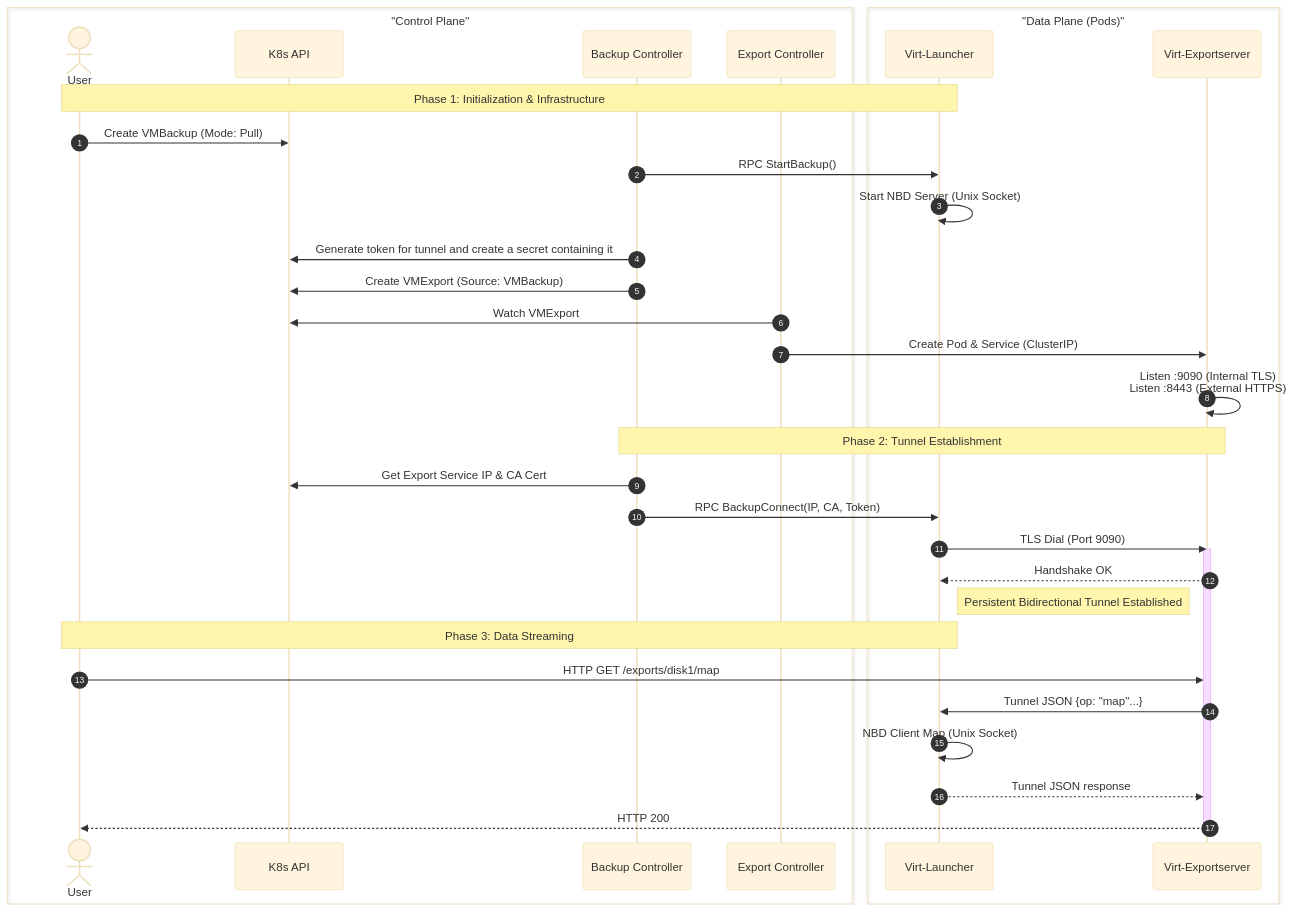
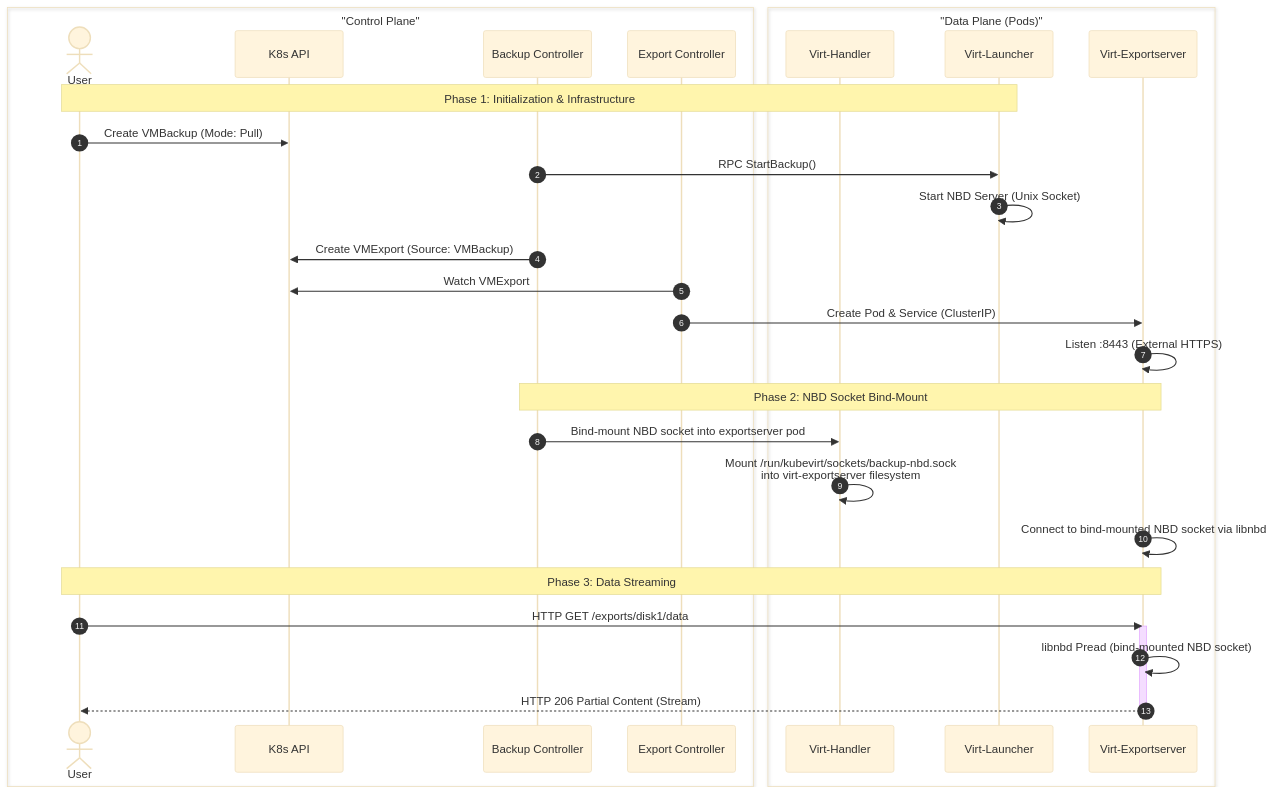
One commit to kubevirt/enhancements changed the third of 3 diagrams in veps/sig-storage/25-incremental-backup/vep.md. Above: the diagram before and after it, drawn with Mermaid (base theme). The commit also changed other lines of this file, not shown here.

First line of the commit message:
sig-storage, incremental-backup: improve pull-mode design (#398)

````diff
--- a/veps/sig-storage/25-incremental-backup/vep.md
+++ b/veps/sig-storage/25-incremental-backup/vep.md
@@ -520,48 +500,43 @@
 ```mermaid
 sequenceDiagram
     autonumber
     box "Control Plane"
         actor User
         participant API as K8s API
         participant BC as Backup Controller
         participant EC as Export Controller
     end
 
     box "Data Plane (Pods)"
+        participant VH as Virt-Handler
         participant Launcher as Virt-Launcher
         participant ES as Virt-Exportserver
     end
 
     %% Phase 1: Setup
     Note over User, Launcher: Phase 1: Initialization & Infrastructure
     User->>API: Create VMBackup (Mode: Pull)
     BC->>Launcher: RPC StartBackup()
     Launcher->>Launcher: Start NBD Server (Unix Socket)
     
-    BC->>API: Generate token for tunnel and create a secret containing it
     BC->>API: Create VMExport (Source: VMBackup)
     EC->>API: Watch VMExport
     EC->>ES: Create Pod & Service (ClusterIP)
-    ES->>ES: Listen :9090 (Internal TLS)<br/>Listen :8443 (External HTTPS)
+    ES->>ES: Listen :8443 (External HTTPS)
 
-    %% Phase 2: The Handshake
-    Note over BC, ES: Phase 2: Tunnel Establishment
-    BC->>API: Get Export Service IP & CA Cert
-    BC->>Launcher: RPC BackupConnect(IP, CA, Token)
-    
-    Launcher->>ES: TLS Dial (Port 9090)
-    activate ES
-    ES-->>Launcher: Handshake OK
-    Note right of Launcher: Persistent Bidirectional Tunnel Established
+    %% Phase 2: Socket Bind-Mount
+    Note over BC, ES: Phase 2: NBD Socket Bind-Mount
+    BC->>VH: Bind-mount NBD socket into exportserver pod
+    VH->>VH: Mount /run/kubevirt/sockets/backup-nbd.sock<br/>into virt-exportserver filesystem
+    ES->>ES: Connect to bind-mounted NBD socket via libnbd
 
     %% Phase 3: The Data Pull
-    Note over User, Launcher: Phase 3: Data Streaming
-    User->>ES: HTTP GET /exports/disk1/map
+    Note over User, ES: Phase 3: Data Streaming
+    User->>ES: HTTP GET /exports/disk1/data
+    activate ES
     
-    ES->>Launcher: Tunnel JSON {op: "map"...}
-    Launcher->>Launcher: NBD Client Map (Unix Socket)
-    Launcher-->>ES: Tunnel JSON response
+    ES->>ES: libnbd Pread (bind-mounted NBD socket)
     
-    ES-->>User: HTTP 200
+    ES-->>User: HTTP 206 Partial Content (Stream)
     deactivate ES
 ```
````
